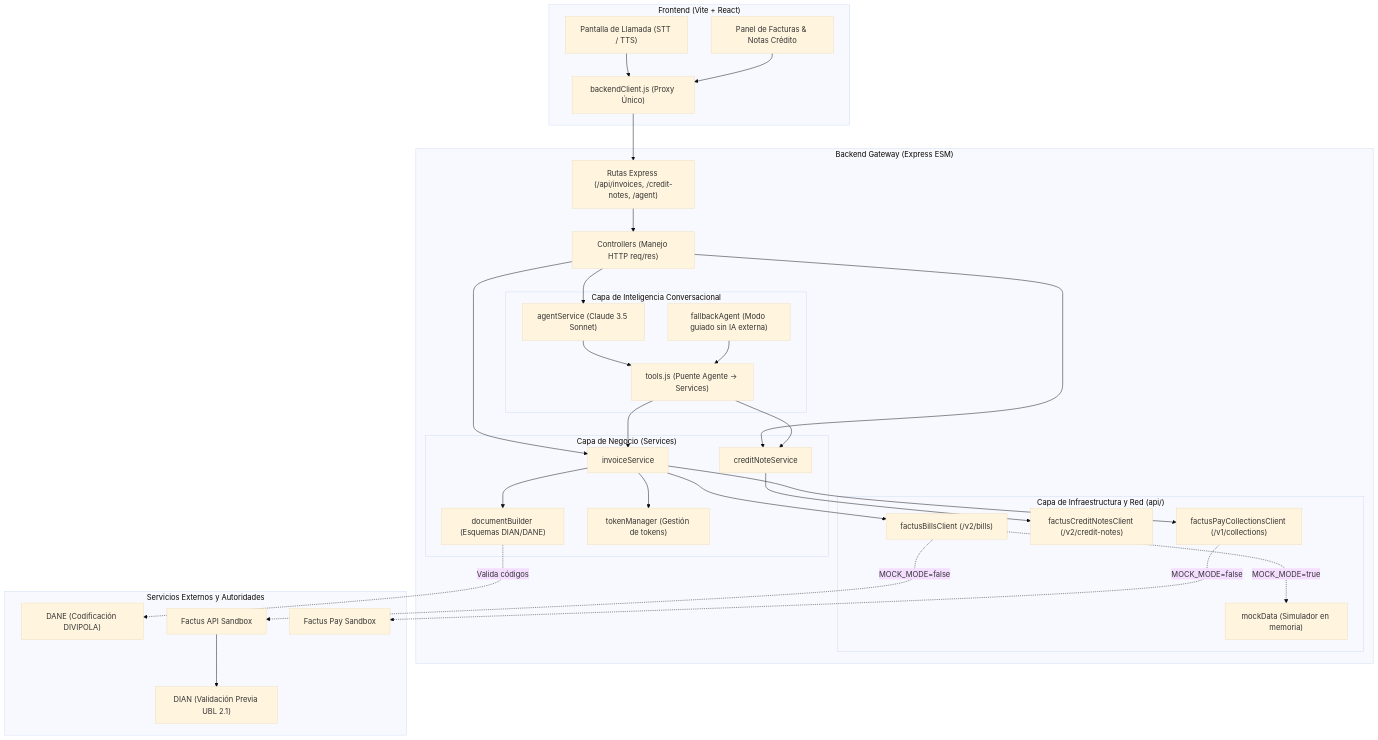
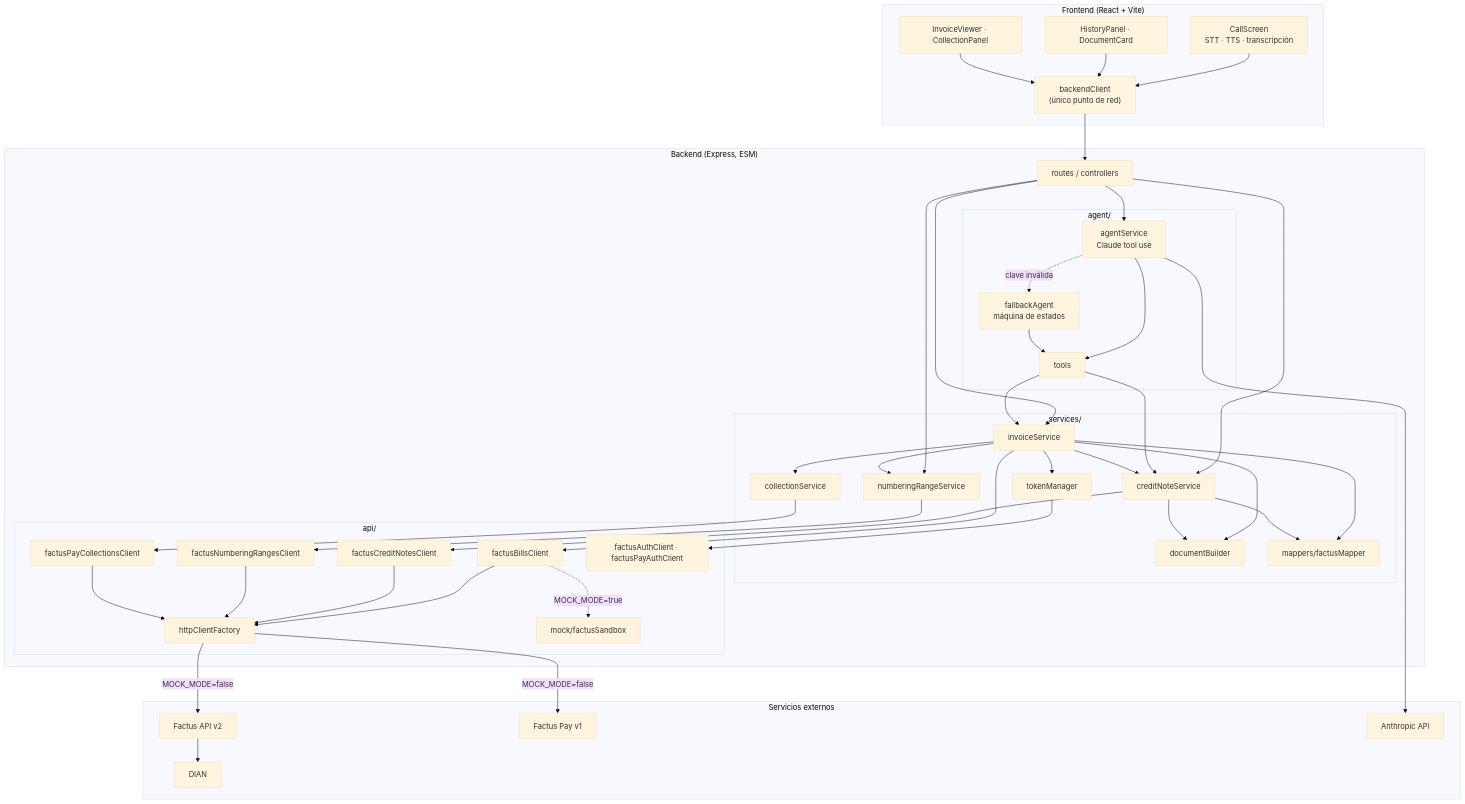
The diagram in docs/ARQUITECTURA_Y_EVALUACION.md (EchoStrokes08/factus_api), drawn with Mermaid (base theme) before and after one commit. The commit also changed other lines of this file and 56 other files, not shown here.

Commit message:
Solución de errores: CUFE y numbering_range_id

````diff
--- a/docs/ARQUITECTURA_Y_EVALUACION.md
+++ b/docs/ARQUITECTURA_Y_EVALUACION.md
@@ -55,63 +48,79 @@
 ```mermaid
 graph TB
-    subgraph Frontend["Frontend (Vite + React)"]
-        UI_Call["Pantalla de Llamada (STT / TTS)"]
-        UI_History["Panel de Facturas & Notas Crédito"]
-        Client["backendClient.js (Proxy Único)"]
+    subgraph Frontend["Frontend (React + Vite)"]
+        Call["CallScreen<br/>STT · TTS · transcripción"]
+        Docs["HistoryPanel · DocumentCard"]
+        Viewer["InvoiceViewer · CollectionPanel"]
+        Client["backendClient<br/>(único punto de red)"]
     end
 
-    subgraph Backend_Gateway["Backend Gateway (Express ESM)"]
-        Routes["Rutas Express (/api/invoices, /credit-notes, /agent)"]
-        Controllers["Controllers (Manejo HTTP req/res)"]
-        
-        subgraph Core_Services["Capa de Negocio (Services)"]
-            InvService["invoiceService"]
-            CreditService["creditNoteService"]
-            DocBuilder["documentBuilder (Esquemas DIAN/DANE)"]
-            TokenMgr["tokenManager (Gestión de tokens)"]
+    subgraph Backend["Backend (Express, ESM)"]
+        Routes["routes / controllers"]
+        subgraph Agent["agent/"]
+            AgentSvc["agentService<br/>Claude tool use"]
+            Fallback["fallbackAgent<br/>máquina de estados"]
+            Tools["tools"]
         end
-        
-        subgraph Agent_Layer["Capa de Inteligencia Conversacional"]
-            AgentServ["agentService (Claude 3.5 Sonnet)"]
-            Fallback["fallbackAgent (Modo guiado sin IA externa)"]
-            Tools["tools.js (Puente Agente -> Services)"]
+        subgraph Services["services/"]
+            Inv["invoiceService"]
+            CN["creditNoteService"]
+            Ranges["numberingRangeService"]
+            Coll["collectionService"]
+            Builder["documentBuilder"]
+            Mapper["mappers/factusMapper"]
+            Tokens["tokenManager"]
         end
-        
-        subgraph API_Clients["Capa de Infraestructura y Red (api/)"]
-            FactusBills["factusBillsClient (/v2/bills)"]
-            FactusCN["factusCreditNotesClient (/v2/credit-notes)"]
-            FactusPay["factusPayCollectionsClient (/v1/collections)"]
-            MockStore["mockData (Simulador en memoria)"]
+        subgraph Api["api/"]
+            Http["httpClientFactory"]
+            Bills["factusBillsClient"]
+            Notes["factusCreditNotesClient"]
+            NR["factusNumberingRangesClient"]
+            Pay["factusPayCollectionsClient"]
+            Auth["factusAuthClient · factusPayAuthClient"]
+            Sandbox["mock/factusSandbox"]
         end
     end
 
-    subgraph External_Cloud["Servicios Externos y Autoridades"]
-        DIAN_Cloud["DIAN (Validación Previa UBL 2.1)"]
-        DANE_Cloud["DANE (Codificación DIVIPOLA)"]
-        Factus_Cloud["Factus API Sandbox"]
-        FactusPay_Cloud["Factus Pay Sandbox"]
+    subgraph External["Servicios externos"]
+        Factus["Factus API v2"]
+        DIAN["DIAN"]
+        FPay["Factus Pay v1"]
+        Claude["Anthropic API"]
     end
 
-    UI_Call --> Client
-    UI_History --> Client
+    Call --> Client
+    Docs --> Client
+    Viewer --> Client
     Client --> Routes
-    Routes --> Controllers
-    Controllers --> InvService
-    Controllers --> CreditService
-    Controllers --> AgentServ
-    AgentServ --> Tools
+    Routes --> Inv
+    Routes --> CN
+    Routes --> Ranges
+    Routes --> AgentSvc
+    AgentSvc --> Tools
+    AgentSvc -. clave inválida .-> Fallback
     Fallback --> Tools
-    Tools --> InvService
-    Tools --> CreditService
-    InvService --> DocBuilder
-    InvService --> TokenMgr
-    InvService --> FactusBills
-    InvService --> FactusPay
-    CreditService --> FactusCN
-    
-    FactusBills -. MOCK_MODE=true .-> MockStore
-    FactusBills -. MOCK_MODE=false .-> Factus_Cloud
-    FactusPay -. MOCK_MODE=false .-> FactusPay_Cloud
-    Factus_Cloud --> DIAN_Cloud
-    DocBuilder -. Valida códigos .-> DANE_Cloud
+    Tools --> Inv
+    Tools --> CN
+    Inv --> Ranges
+    Inv --> CN
+    Inv --> Coll
+    Inv --> Builder
+    CN --> Builder
+    Inv --> Mapper
+    CN --> Mapper
+    Inv --> Bills
+    CN --> Notes
+    Ranges --> NR
+    Coll --> Pay
+    Inv --> Tokens
+    Tokens --> Auth
+    Bills --> Http
+    Notes --> Http
+    NR --> Http
+    Pay --> Http
+    Http -- MOCK_MODE=false --> Factus
+    Http -- MOCK_MODE=false --> FPay
+    Bills -. MOCK_MODE=true .-> Sandbox
+    Factus --> DIAN
+    AgentSvc --> Claude
 ```
````
